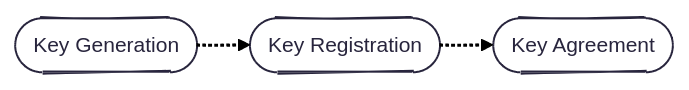
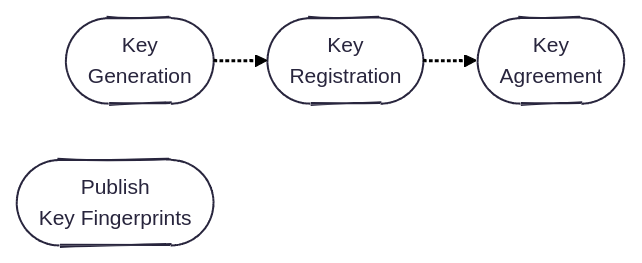
The diagram in enygma_payments/protocol_description.md (raylsnetwork/Enygma), drawn with Mermaid before and after one commit.

````diff
--- a/enygma_payments/protocol_description.md
+++ b/enygma_payments/protocol_description.md
@@ -3,14 +3,15 @@
 ```mermaid
 ---
 config:
   theme: redux
   layout: elk
   look: handDrawn
 ---
 flowchart LR
-    keygen(["Key Generation"])
-    register(["Key Registration"])
-    kem(["Key Agreement"])
+    keygen(["Key<br>Generation"])
+    register(["Key<br>Registration"])
+    kem(["Key<br>Agreement"])
+    publish(["Publish<br>Key Fingerprints"])
 
     keygen -.-> register -.-> kem
 ```
````
